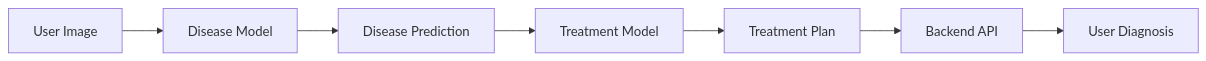
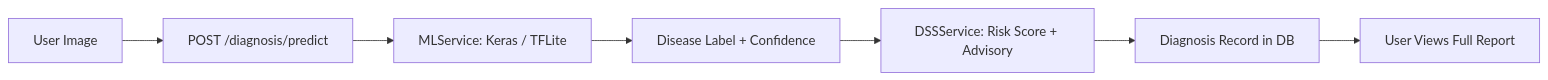
One commit to akshayks13/AI-Crop-Disease-Diagnosis-System changed the first of 3 diagrams in docs/ARCHITECTURE.md. Above: the diagram before and after it, drawn with Mermaid. The commit also changed other lines of this file and 9 other files, not shown here.

````diff
--- a/docs/ARCHITECTURE.md
+++ b/docs/ARCHITECTURE.md
@@ -45,9 +64,9 @@
 ```mermaid
 flowchart LR
-    A[User Image] --> B[Disease Model]
-    B --> C[Disease Prediction]
-    C --> D[Treatment Model]
-    D --> E[Treatment Plan]
-    E --> F[Backend API]
-    F --> G[User Diagnosis]
+    A[User Image] --> B[POST /diagnosis/predict]
+    B --> C[MLService: Keras / TFLite]
+    C --> D[Disease Label + Confidence]
+    D --> E[DSSService: Risk Score + Advisory]
+    E --> F[Diagnosis Record in DB]
+    F --> G[User Views Full Report]
 ```
````
